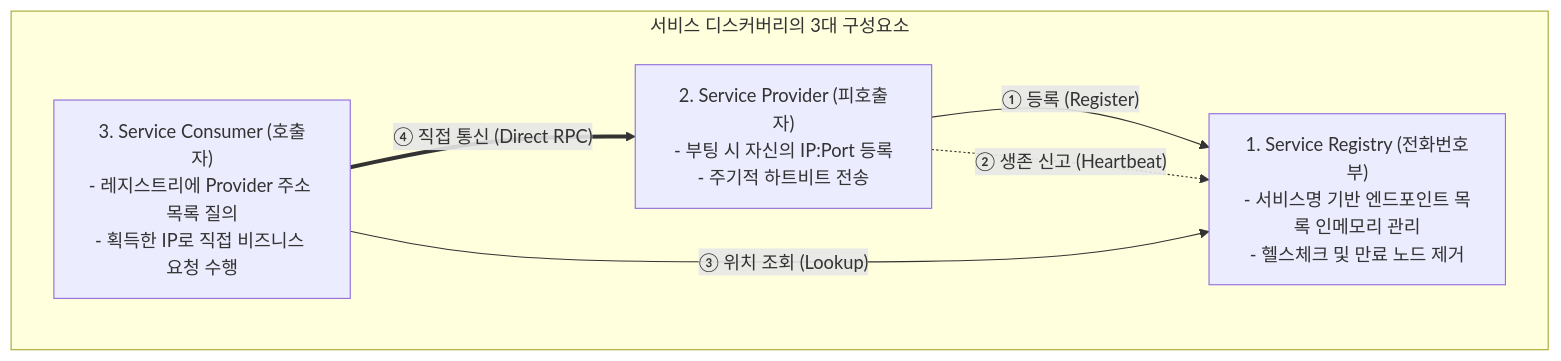
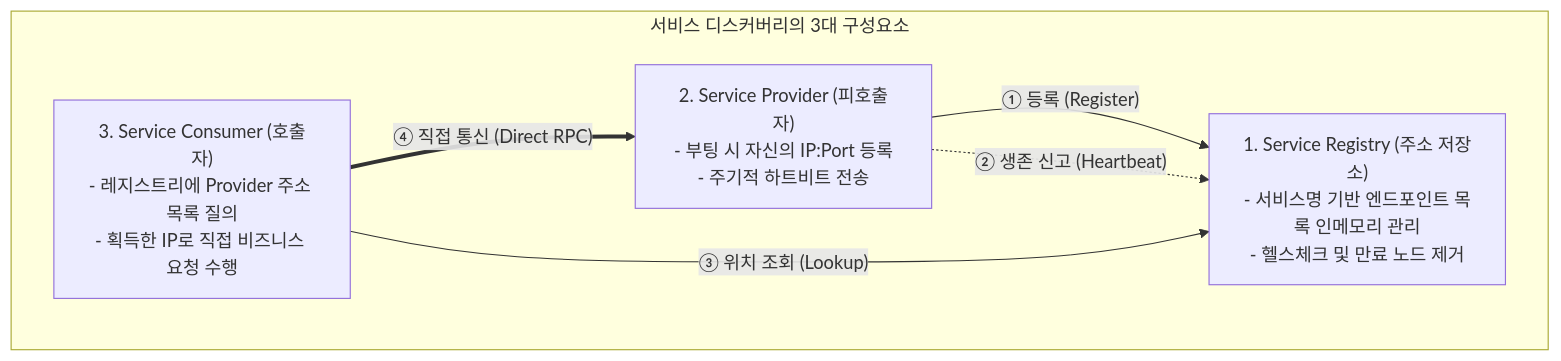
Before and after one commit to studylida/studylida.github.io: the fourth of 7 diagrams in src/content/posts/service-discovery-deep-dive.md, drawn with Mermaid. The commit also changed other lines of this file and 10 other files, not shown here.

````diff
--- a/src/content/posts/service-discovery-deep-dive.md
+++ b/src/content/posts/service-discovery-deep-dive.md
@@ -99,13 +99,13 @@
 ```mermaid
 flowchart TD
     subgraph Roles ["서비스 디스커버리의 3대 구성요소"]
-        Reg["1. Service Registry (전화번호부)<br/>- 서비스명 기반 엔드포인트 목록 인메모리 관리<br/>- 헬스체크 및 만료 노드 제거"]
+        Reg["1. Service Registry (주소 저장소)<br/>- 서비스명 기반 엔드포인트 목록 인메모리 관리<br/>- 헬스체크 및 만료 노드 제거"]
         Provider["2. Service Provider (피호출자)<br/>- 부팅 시 자신의 IP:Port 등록<br/>- 주기적 하트비트 전송"]
         Consumer["3. Service Consumer (호출자)<br/>- 레지스트리에 Provider 주소 목록 질의<br/>- 획득한 IP로 직접 비즈니스 요청 수행"]
     end
 
     Provider -->|"① 등록 (Register)"| Reg
     Provider -.->|"② 생존 신고 (Heartbeat)"| Reg
     Consumer -->|"③ 위치 조회 (Lookup)"| Reg
     Consumer ==>|"④ 직접 통신 (Direct RPC)"| Provider
 ```
````
